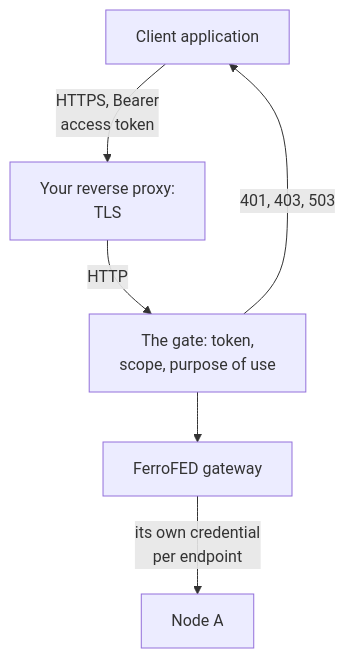
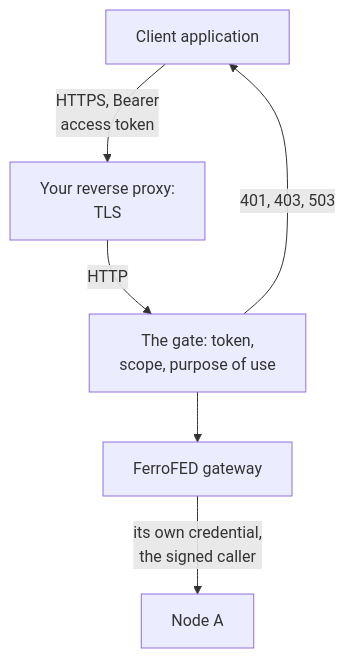
Before and after one commit to FerroHEALTH/FerroFED: the first of 3 diagrams in website/book/src/how-it-works/trust-and-keys.md, drawn with Mermaid. The commit also changed other lines of this file and 11 other files, not shown here.

````diff
--- a/website/book/src/how-it-works/trust-and-keys.md
+++ b/website/book/src/how-it-works/trust-and-keys.md
@@ -26,8 +26,8 @@
 ```mermaid
 flowchart TB
     client["Client application"] -->|"HTTPS, Bearer<br/>access token"| proxy["Your reverse proxy:<br/>TLS"]
     proxy -->|"HTTP"| gate["The gate: token,<br/>scope, purpose of use"]
     gate -->|"401, 403, 503"| client
     gate --> gw["FerroFED gateway"]
-    gw -->|"its own credential<br/>per endpoint"| node["Node A"]
+    gw -->|"its own credential,<br/>the signed caller"| node["Node A"]
 ```
````
